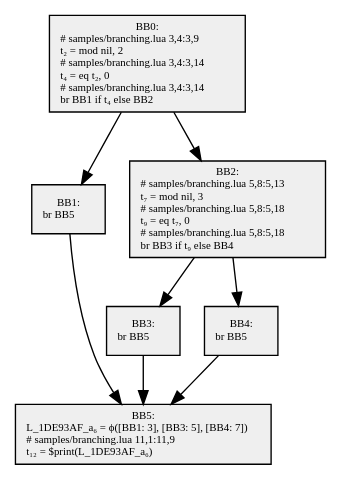
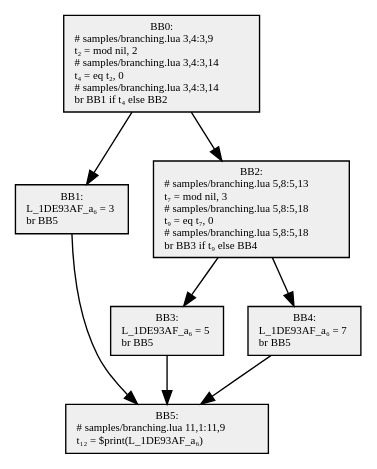
One commit to GGG-KILLER/SimpleCompiler changed the diagram in src/SimpleCompiler.Cli/samples/obj/branching.5.dot. Above: the diagram before and after it, drawn with Graphviz. The commit also changed 16 other files, not shown here.

```diff
--- a/src/SimpleCompiler.Cli/samples/obj/branching.5.dot
+++ b/src/SimpleCompiler.Cli/samples/obj/branching.5.dot
@@ -1,17 +1,17 @@
 digraph {
   node[shape=box style=filled fontsize=8 fontname="Cascadia Code" fillcolor="#efefef"];
   BB0 [label="BB0:\n# samples/branching.lua 3,4:3,9\lt₂ = mod nil, 2\l# samples/branching.lua 3,4:3,14\lt₄ = eq t₂, 0\l# samples/branching.lua 3,4:3,14\lbr BB1 if t₄ else BB2\l"];
-  BB1 [label="BB1:\nbr BB5\l"];
+  BB1 [label="BB1:\nL_1DE93AF_a₆ = 3\lbr BB5\l"];
   BB2 [label="BB2:\n# samples/branching.lua 5,8:5,13\lt₇ = mod nil, 3\l# samples/branching.lua 5,8:5,18\lt₉ = eq t₇, 0\l# samples/branching.lua 5,8:5,18\lbr BB3 if t₉ else BB4\l"];
-  BB3 [label="BB3:\nbr BB5\l"];
-  BB4 [label="BB4:\nbr BB5\l"];
-  BB5 [label="BB5:\nL_1DE93AF_a₆ = ϕ([BB1: 3], [BB3: 5], [BB4: 7])\l# samples/branching.lua 11,1:11,9\lt₁₂ = $print(L_1DE93AF_a₆)\l"];
+  BB3 [label="BB3:\nL_1DE93AF_a₆ = 5\lbr BB5\l"];
+  BB4 [label="BB4:\nL_1DE93AF_a₆ = 7\lbr BB5\l"];
+  BB5 [label="BB5:\n# samples/branching.lua 11,1:11,9\lt₁₂ = $print(L_1DE93AF_a₆)\l"];
 
   BB0 -> BB1;
   BB0 -> BB2;
   BB2 -> BB3;
   BB2 -> BB4;
   BB1 -> BB5;
   BB3 -> BB5;
   BB4 -> BB5;
 }
```
